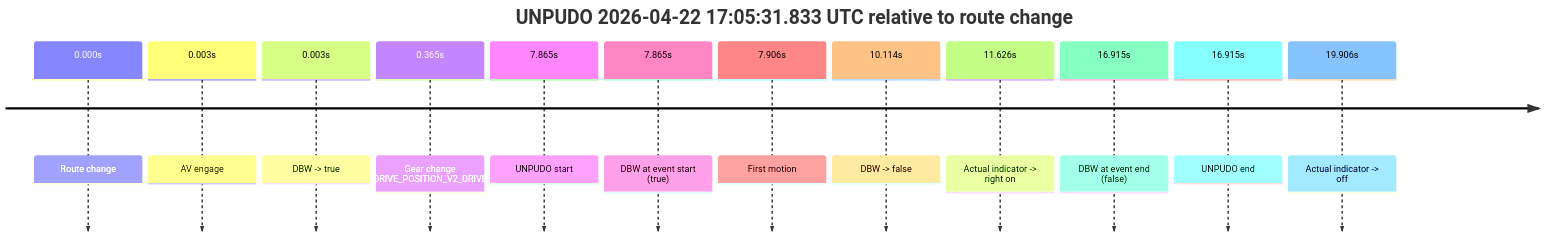
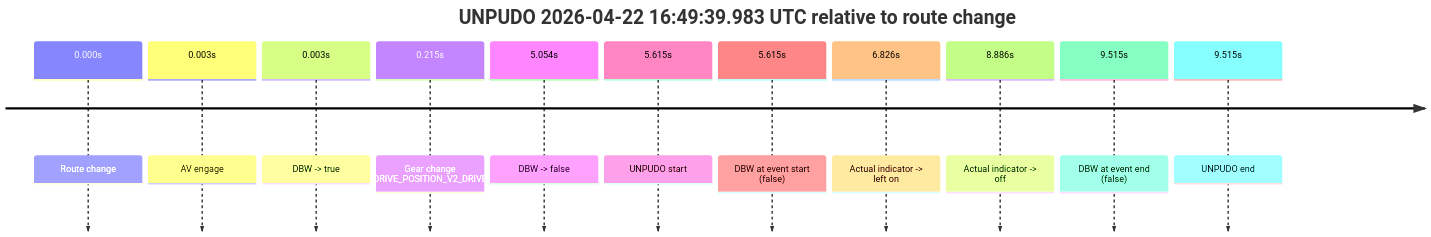
Before and after one commit to yoelshapiro/vault: the fourth of 8 diagrams in model_analysis/report_cards/2026/04/Week-4/fme10011--2026-04-22--16-24-19--gen2-av-c23a3e84-3c79-4aca-9235-ec3d393b1ae7.md, drawn with Mermaid. The commit also changed other lines of this file and 53 other files, not shown here.

````diff
--- a/model_analysis/report_cards/2026/04/Week-4/fme10011--2026-04-22--16-24-19--gen2-av-c23a3e84-3c79-4aca-9235-ec3d393b1ae7.md
+++ b/model_analysis/report_cards/2026/04/Week-4/fme10011--2026-04-22--16-24-19--gen2-av-c23a3e84-3c79-4aca-9235-ec3d393b1ae7.md
@@ -227,16 +313,15 @@
 ```mermaid
 timeline
-    title UNPUDO 2026-04-22 17:05:31.833 UTC relative to route change
+    title UNPUDO 2026-04-22 16:49:39.983 UTC relative to route change
     0.000s : Route change
     0.003s : AV engage
     0.003s : DBW -> true
-    0.365s : Gear change (DRIVE_POSITION_V2_DRIVE)
-    7.865s : UNPUDO start
-    7.865s : DBW at event start (true)
-    7.906s : First motion
-    10.114s : DBW -> false
-    11.626s : Actual indicator -> right on
-    16.915s : DBW at event end (false)
-    16.915s : UNPUDO end
-    19.906s : Actual indicator -> off
+    0.215s : Gear change (DRIVE_POSITION_V2_DRIVE)
+    5.054s : DBW -> false
+    5.615s : UNPUDO start
+    5.615s : DBW at event start (false)
+    6.826s : Actual indicator -> left on
+    8.886s : Actual indicator -> off
+    9.515s : DBW at event end (false)
+    9.515s : UNPUDO end
 ```
````
